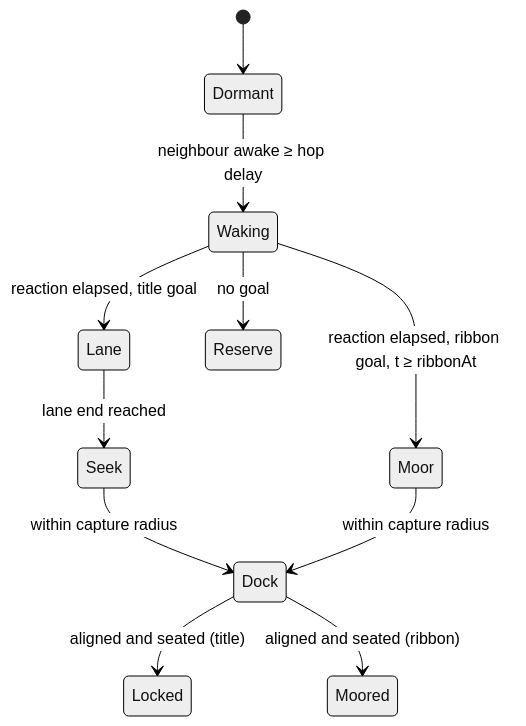
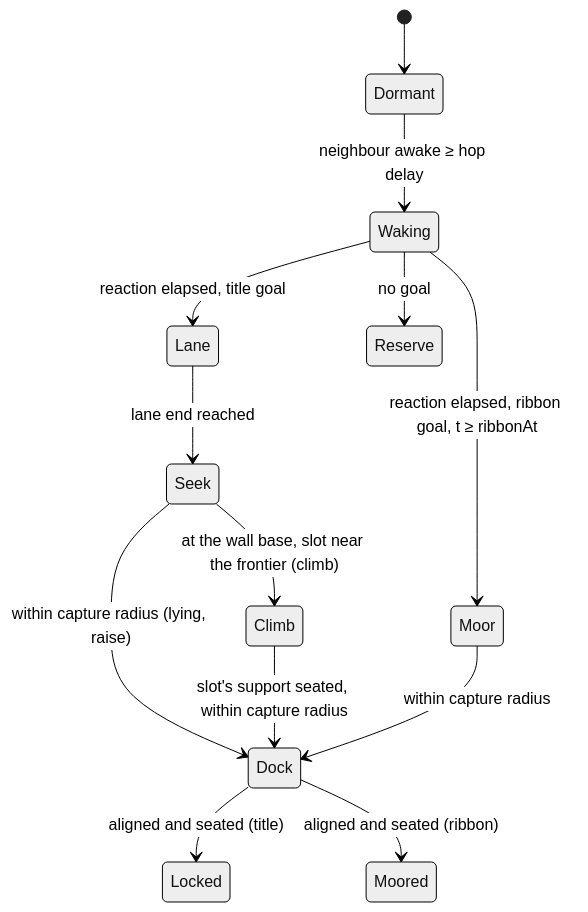
The diagram in docs/concepts/phase15-experience/nanite-swarm-design.md (CraigHutchinson/Crucible), drawn with Mermaid (neutral theme) before and after one commit. The commit also changed other lines of this file and 15 other files, not shown here.

First line of the commit message:
Stand the nanite title upright: climb-in-place and raise builds

````diff
--- a/docs/concepts/phase15-experience/nanite-swarm-design.md
+++ b/docs/concepts/phase15-experience/nanite-swarm-design.md
@@ -102,13 +104,15 @@
 ```mermaid
 stateDiagram-v2
     [*] --> Dormant
     Dormant --> Waking: neighbour awake ≥ hop delay
     Waking --> Lane: reaction elapsed, title goal
     Waking --> Moor: reaction elapsed, ribbon goal, t ≥ ribbonAt
     Waking --> Reserve: no goal
     Lane --> Seek: lane end reached
-    Seek --> Dock: within capture radius
+    Seek --> Dock: within capture radius (lying, raise)
+    Seek --> Climb: at the wall base, slot near the frontier (climb)
+    Climb --> Dock: slot's support seated, within capture radius
     Moor --> Dock: within capture radius
     Dock --> Locked: aligned and seated (title)
     Dock --> Moored: aligned and seated (ribbon)
 ```
````
